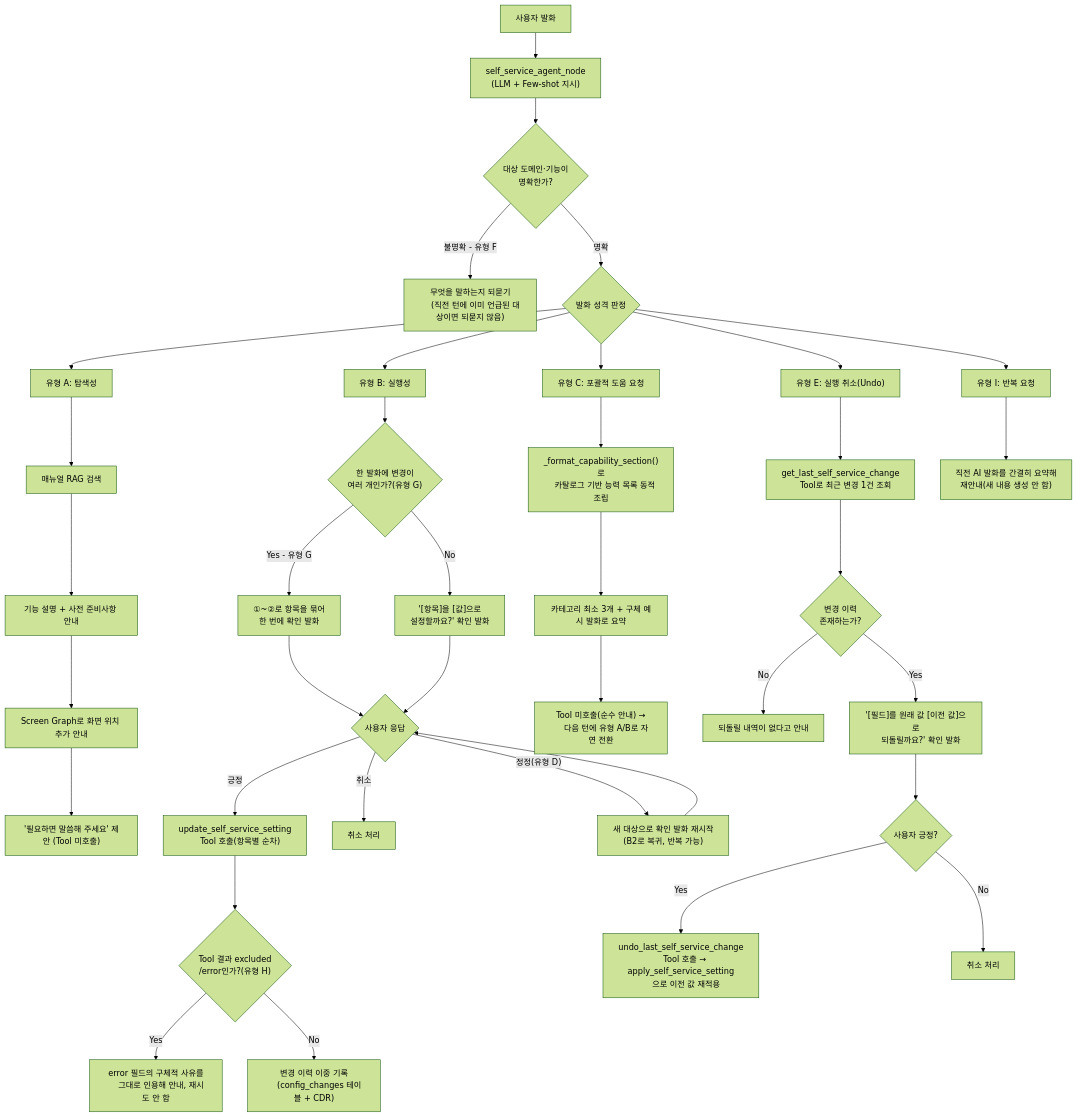
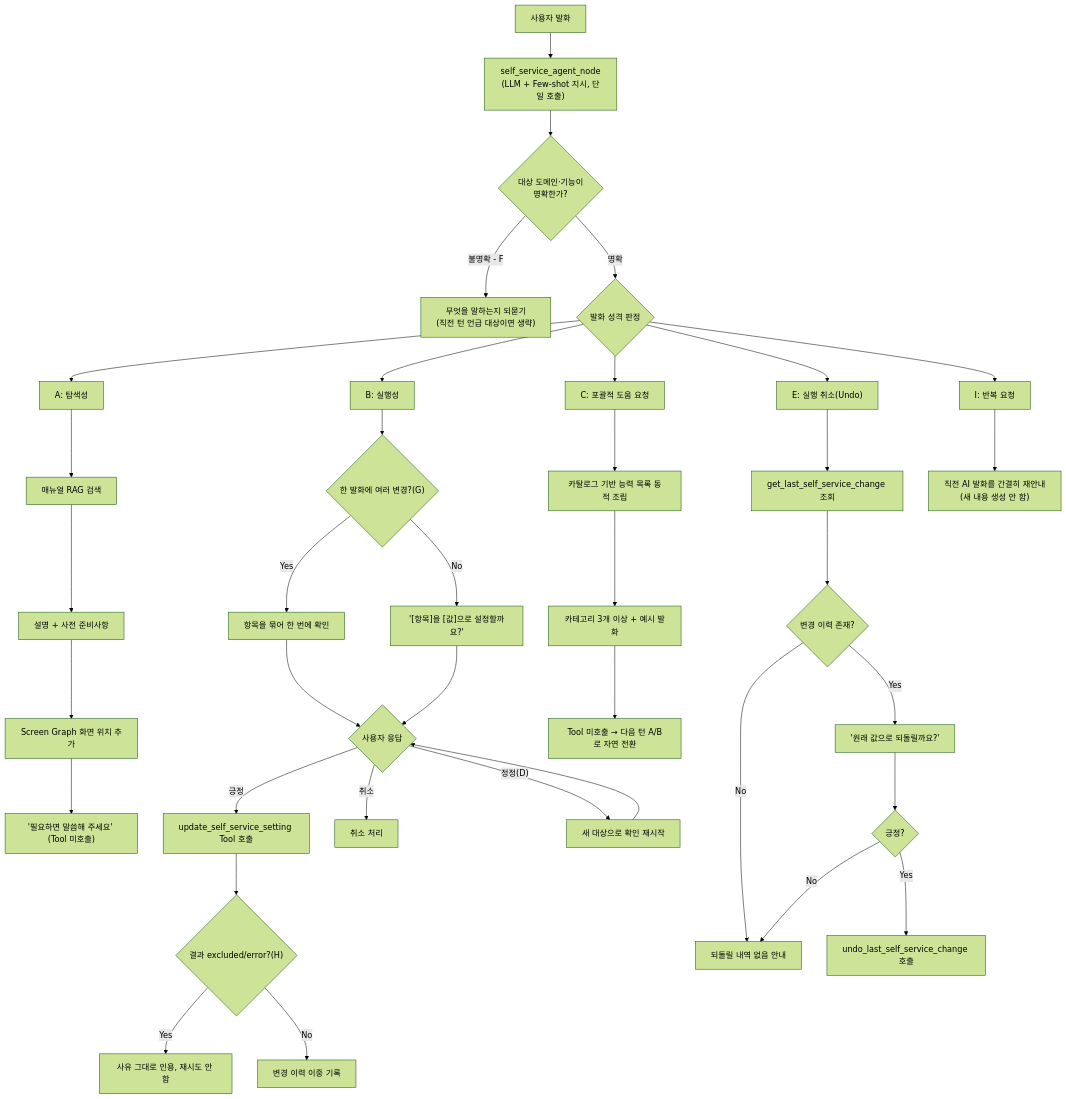
One commit to hak023/sip_pbx changed the fourth of 7 diagrams in docs/presentation/self-service-ai-assistant-introduction.md. Above: the diagram before and after it, drawn with Mermaid (forest theme). The commit also changed other lines of this file, not shown here.

Commit message:
docs: rewrite self-service AI assistant introduction (exec summary, ideation, IntelliDecision/ScreenGraph/RAG detail, voice latency & turn-taking track)

````diff
--- a/docs/presentation/self-service-ai-assistant-introduction.md
+++ b/docs/presentation/self-service-ai-assistant-introduction.md
@@ -435,68 +459,34 @@
 ```mermaid
 flowchart TD
-    U["사용자 발화"] --> LLM["self_service_agent_node
-    (LLM + Few-shot 지시)"]
+    U["사용자 발화"] --> LLM["self_service_agent_node<br/>(LLM + Few-shot 지시, 단일 호출)"]
 
-    LLM --> TypeF{"대상 도메인·기능이
-    명확한가?"}
-    TypeF -->|불명확 - 유형 F| F1["무엇을 말하는지 되묻기
-    (직전 턴에 이미 언급된 대상이면 되묻지 않음)"]
+    LLM --> TypeF{"대상 도메인·기능이<br/>명확한가?"}
+    TypeF -->|불명확 - F| F1["무엇을 말하는지 되묻기<br/>(직전 턴 언급 대상이면 생략)"]
 
     TypeF -->|명확| TypeRoute{"발화 성격 판정"}
+    TypeRoute --> TypeA["A: 탐색성"] --> A1["매뉴얼 RAG 검색"] --> A2["설명 + 사전 준비사항"] --> A3["Screen Graph 화면 위치 추가"] --> A4["'필요하면 말씀해 주세요' (Tool 미호출)"]
 
-    TypeRoute --> TypeA["유형 A: 탐색성"]
-    TypeRoute --> TypeB["유형 B: 실행성"]
-    TypeRoute --> TypeC["유형 C: 포괄적 도움 요청"]
-    TypeRoute --> TypeE["유형 E: 실행 취소(Undo)"]
-    TypeRoute --> TypeI["유형 I: 반복 요청"]
-
-    TypeA --> A1["매뉴얼 RAG 검색"]
-    A1 --> A2["기능 설명 + 사전 준비사항 안내"]
-    A2 --> A3["Screen Graph로 화면 위치 추가 안내"]
-    A3 --> A4["'필요하면 말씀해 주세요' 제안 (Tool 미호출)"]
-
-    TypeB --> B1{"한 발화에 변경이
-    여러 개인가?(유형 G)"}
-    B1 -->|Yes - 유형 G| BG["①~②로 항목을 묶어
-    한 번에 확인 발화"]
-    B1 -->|No| B2["'[항목]을 [값]으로
-    설정할까요?' 확인 발화"]
+    TypeRoute --> TypeB["B: 실행성"]
+    TypeB --> B1{"한 발화에 여러 변경?(G)"}
+    B1 -->|Yes| BG["항목을 묶어 한 번에 확인"]
+    B1 -->|No| B2["'[항목]을 [값]으로 설정할까요?'"]
     BG --> B3
     B2 --> B3{사용자 응답}
+    B3 -->|긍정| B4["update_self_service_setting Tool 호출"]
+    B3 -->|취소| B5["취소 처리"]
+    B3 -->|"정정(D)"| B6["새 대상으로 확인 재시작"] --> B3
+    B4 --> B7{"결과 excluded/error?(H)"}
+    B7 -->|Yes| B8["사유 그대로 인용, 재시도 안 함"]
+    B7 -->|No| B9["변경 이력 이중 기록"]
 
-    B3 -->|긍정| B4["update_self_service_setting
-    Tool 호출(항목별 순차)"]
-    B3 -->|취소| B5["취소 처리"]
-    B3 -->|"정정(유형 D)"| B6["새 대상으로 확인 발화 재시작
-    (B2로 복귀, 반복 가능)"]
-    B6 --> B3
+    TypeRoute --> TypeC["C: 포괄적 도움 요청"] --> C1["카탈로그 기반 능력 목록 동적 조립"] --> C2["카테고리 3개 이상 + 예시 발화"] --> C3["Tool 미호출 → 다음 턴 A/B로 자연 전환"]
 
-    B4 --> B7{"Tool 결과 excluded
-    /error인가?(유형 H)"}
-    B7 -->|Yes| B8["error 필드의 구체적 사유를
-    그대로 인용해 안내, 재시도 안 함"]
-    B7 -->|No| B9["변경 이력 이중 기록
-    (config_changes 테이블 + CDR)"]
+    TypeRoute --> TypeE["E: 실행 취소(Undo)"] --> E1["get_last_self_service_change 조회"]
+    E1 --> E2{변경 이력 존재?}
+    E2 -->|No| E3["되돌릴 내역 없음 안내"]
+    E2 -->|Yes| E4["'원래 값으로 되돌릴까요?'"] --> E5{긍정?}
+    E5 -->|Yes| E6["undo_last_self_service_change 호출"]
+    E5 -->|No| E3
 
-    TypeC --> C1["_format_capability_section()로
-    카탈로그 기반 능력 목록 동적 조립"]
-    C1 --> C2["카테고리 최소 3개 + 구체 예시 발화로 요약"]
-    C2 --> C3["Tool 미호출(순수 안내) →
-    다음 턴에 유형 A/B로 자연 전환"]
-
-    TypeE --> E1["get_last_self_service_change
-    Tool로 최근 변경 1건 조회"]
-    E1 --> E2{"변경 이력
-    존재하는가?"}
-    E2 -->|No| E3["되돌릴 내역이 없다고 안내"]
-    E2 -->|Yes| E4["'[필드]를 원래 값 [이전 값]으로
-    되돌릴까요?' 확인 발화"]
-    E4 --> E5{사용자 긍정?}
-    E5 -->|Yes| E6["undo_last_self_service_change
-    Tool 호출 → apply_self_service_setting
-    으로 이전 값 재적용"]
-    E5 -->|No| E3b["취소 처리"]
-
-    TypeI --> I1["직전 AI 발화를 간결히 요약해
-    재안내(새 내용 생성 안 함)"]
+    TypeRoute --> TypeI["I: 반복 요청"] --> I1["직전 AI 발화를 간결히 재안내(새 내용 생성 안 함)"]
 ```
````
